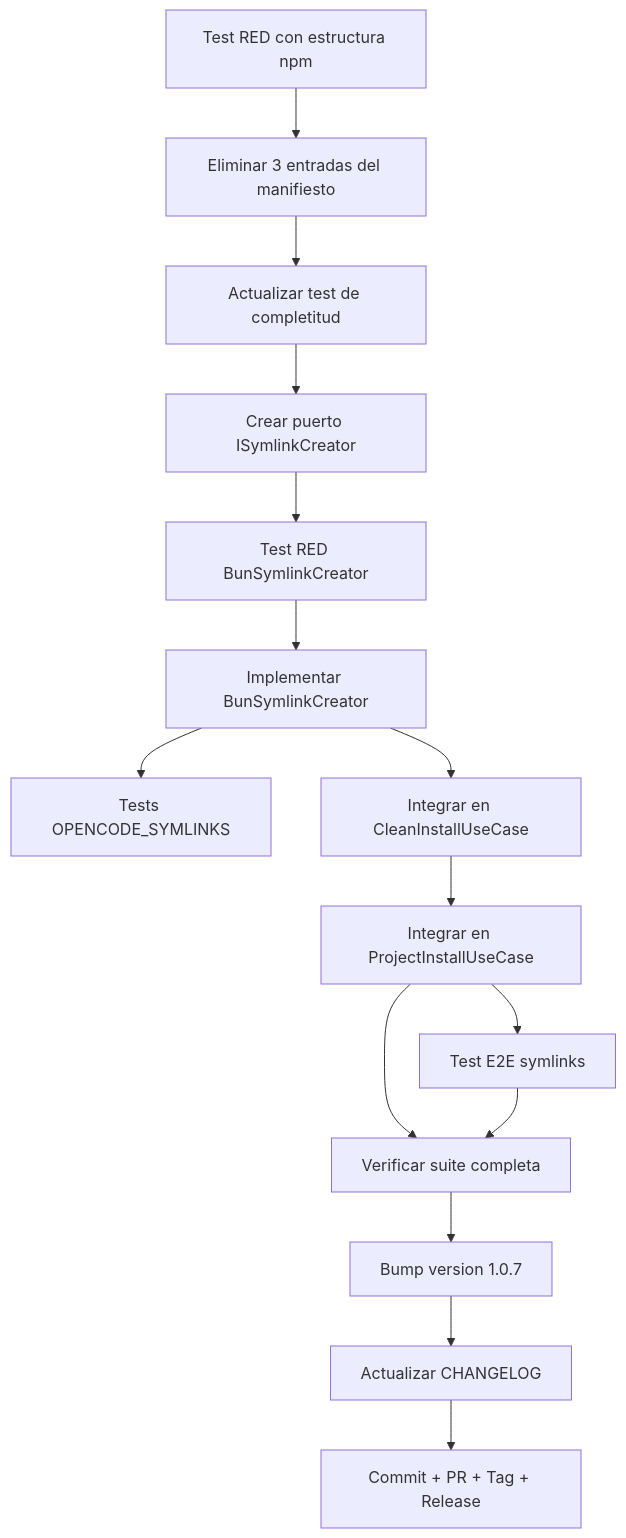
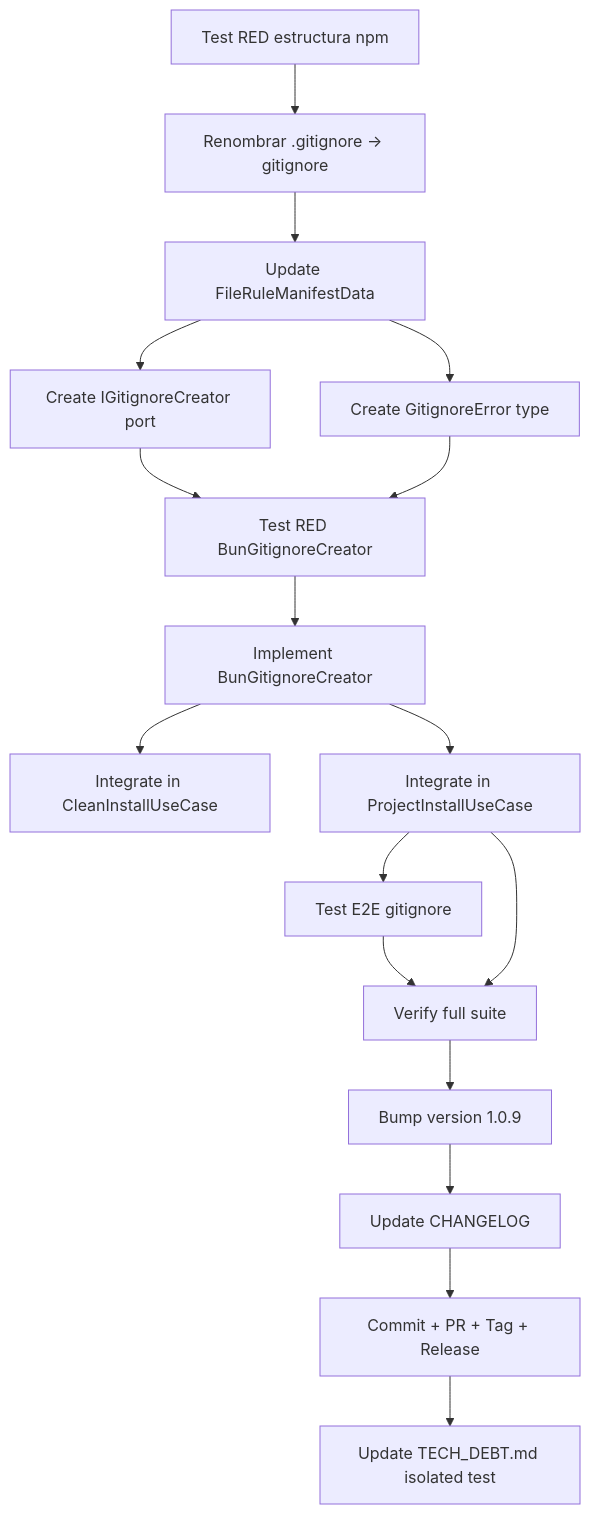
The diagram in tasks/plan.md (Fisherk2/codice-opencode), drawn with Mermaid before and after one commit. The commit also changed other lines of this file and 26 other files, not shown here.

First line of the commit message:
release: v1.0.9 — gitignore post-install generation (Issue #11) (#12)

````diff
--- a/tasks/plan.md
+++ b/tasks/plan.md
@@ -427,17 +58,19 @@
 ```mermaid
 graph TD
-    FEV2B-T0[Test RED con estructura npm] --> FEV2B-T1[Eliminar 3 entradas del manifiesto]
-    FEV2B-T1 --> FEV2B-T2[Actualizar test de completitud]
-    FEV2B-T2 --> FEV2B-T3[Crear puerto ISymlinkCreator]
-    FEV2B-T3 --> FEV2B-T4[Test RED BunSymlinkCreator]
-    FEV2B-T4 --> FEV2B-T5[Implementar BunSymlinkCreator]
-    FEV2B-T5 --> FEV2B-T6[Tests OPENCODE_SYMLINKS]
-    FEV2B-T5 --> FEV2B-T7[Integrar en CleanInstallUseCase]
-    FEV2B-T7 --> FEV2B-T8[Integrar en ProjectInstallUseCase]
-    FEV2B-T8 --> FEV2B-T9[Test E2E symlinks]
-    FEV2B-T8 --> FEV2B-T10[Verificar suite completa]
-    FEV2B-T9 --> FEV2B-T10
-    FEV2B-T10 --> FEV2B-T11[Bump version 1.0.7]
-    FEV2B-T11 --> FEV2B-T12[Actualizar CHANGELOG]
-    FEV2B-T12 --> FEV2B-T13[Commit + PR + Tag + Release]
+    FE2C-T0[Test RED estructura npm] --> FE2C-T1[Renombrar .gitignore → gitignore]
+    FE2C-T1 --> FE2C-T2[Update FileRuleManifestData]
+    FE2C-T2 --> FE2C-T3[Create IGitignoreCreator port]
+    FE2C-T2 --> FE2C-T4[Create GitignoreError type]
+    FE2C-T3 --> FE2C-T5[Test RED BunGitignoreCreator]
+    FE2C-T4 --> FE2C-T5
+    FE2C-T5 --> FE2C-T6[Implement BunGitignoreCreator]
+    FE2C-T6 --> FE2C-T7[Integrate in CleanInstallUseCase]
+    FE2C-T6 --> FE2C-T8[Integrate in ProjectInstallUseCase]
+    FE2C-T8 --> FE2C-T9[Test E2E gitignore]
+    FE2C-T9 --> FE2C-T10[Verify full suite]
+    FE2C-T8 --> FE2C-T10
+    FE2C-T10 --> FE2C-T11[Bump version 1.0.9]
+    FE2C-T11 --> FE2C-T12[Update CHANGELOG]
+    FE2C-T12 --> FE2C-T13[Commit + PR + Tag + Release]
+    FE2C-T13 --> FE2C-T14[Update TECH_DEBT.md isolated test]
 ```
````
